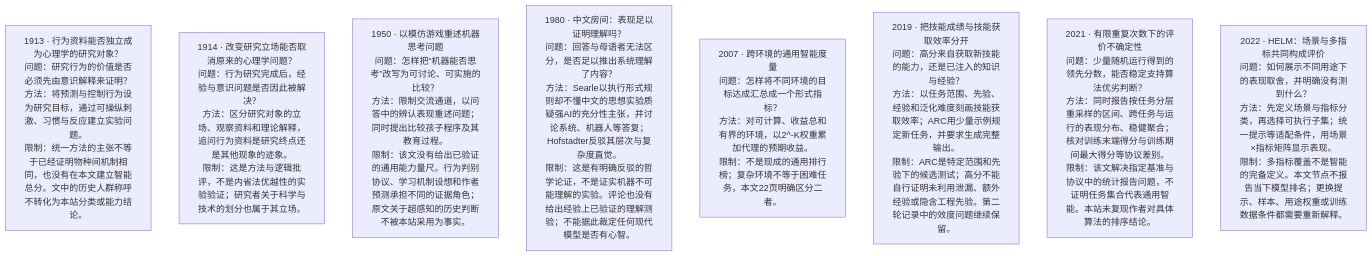
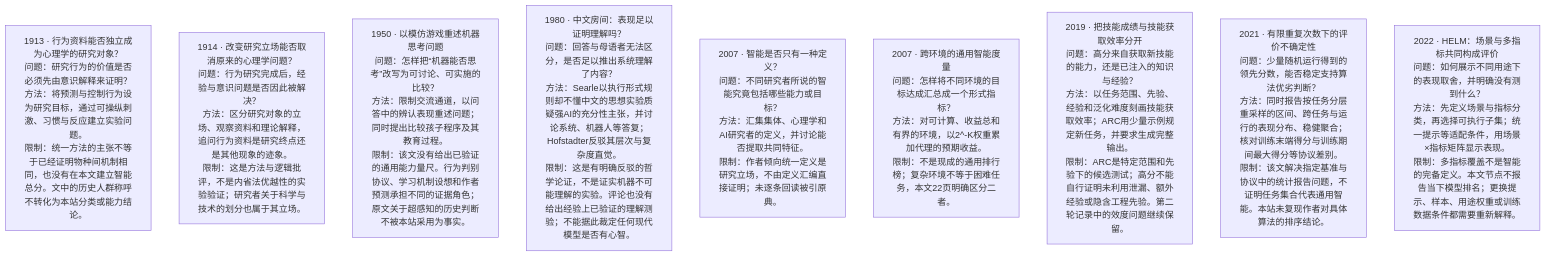
Before and after one commit to meiluosi/meiluosi.github.io: the diagram in public/research/intelligence/timelines/behavioral/timeline.mmd, drawn with Mermaid. The commit also changed 96 other files, not shown here.

Commit message:
feat: revisit intelligence research gaps and counterarguments

```diff
--- a/public/research/intelligence/timelines/behavioral/timeline.mmd
+++ b/public/research/intelligence/timelines/behavioral/timeline.mmd
@@ -1,18 +1,20 @@
 flowchart TB
   %% 仅展示年代顺序；没有线不代表没有关系，点按进入原节点；古典年代未定单列。
   n0["1913 · 行为资料能否独立成为心理学的研究对象？<br/>问题：研究行为的价值是否必须先由意识解释来证明？<br/>方法：将预测与控制行为设为研究目标，通过可操纵刺激、习惯与反应建立实验问题。<br/>限制：统一方法的主张不等于已经证明物种间机制相同，也没有在本文建立智能总分。文中的历史人群称呼不转化为本站分类或能力结论。"]
   click n0 "/research/intelligence/timelines/behavioral/#e-watson-1913"
   n1["1914 · 改变研究立场能否取消原来的心理学问题？<br/>问题：行为研究完成后，经验与意识问题是否因此被解决？<br/>方法：区分研究对象的立场、观察资料和理论解释，追问行为资料是研究终点还是其他现象的迹象。<br/>限制：这是方法与逻辑批评，不是内省法优越性的实验验证；研究者关于科学与技术的划分也属于其立场。"]
   click n1 "/research/intelligence/timelines/behavioral/#e-titchener-1914"
   n2["1950 · 以模仿游戏重述机器思考问题<br/>问题：怎样把“机器能否思考”改写为可讨论、可实施的比较？<br/>方法：限制交流通道，以问答中的辨认表现重述问题；同时提出比较孩子程序及其教育过程。<br/>限制：该文没有给出已验证的通用能力量尺。行为判别协议、学习机制设想和作者预测承担不同的证据角色；原文关于超感知的历史判断不被本站采用为事实。"]
   click n2 "/research/intelligence/timelines/behavioral/#e-turing-1950"
   n3["1980 · 中文房间：表现足以证明理解吗？<br/>问题：回答与母语者无法区分，是否足以推出系统理解了内容？<br/>方法：Searle以执行形式规则却不懂中文的思想实验质疑强AI的充分性主张，并讨论系统、机器人等答复；Hofstadter反驳其层次与复杂度直觉。<br/>限制：这是有明确反驳的哲学论证，不是证实机器不可能理解的实验。评论也没有给出经验上已验证的理解测验；不能据此裁定任何现代模型是否有心智。"]
   click n3 "/research/intelligence/timelines/behavioral/#e-searle-1980"
-  n4["2007 · 跨环境的通用智能度量<br/>问题：怎样将不同环境的目标达成汇总成一个形式指标？<br/>方法：对可计算、收益总和有界的环境，以2^-K权重累加代理的预期收益。<br/>限制：不是现成的通用排行榜；复杂环境不等于困难任务，本文22页明确区分二者。"]
-  click n4 "/research/intelligence/timelines/behavioral/#e-legg-hutter-2007"
-  n5["2019 · 把技能成绩与技能获取效率分开<br/>问题：高分来自获取新技能的能力，还是已注入的知识与经验？<br/>方法：以任务范围、先验、经验和泛化难度刻画技能获取效率；ARC用少量示例规定新任务，并要求生成完整输出。<br/>限制：ARC是特定范围和先验下的候选测试；高分不能自行证明未利用泄漏、额外经验或隐含工程先验。第二轮记录中的效度问题继续保留。"]
-  click n5 "/research/intelligence/timelines/behavioral/#e-chollet-2019"
-  n6["2021 · 有限重复次数下的评价不确定性<br/>问题：少量随机运行得到的领先分数，能否稳定支持算法优劣判断？<br/>方法：同时报告按任务分层重采样的区间、跨任务与运行的表现分布、稳健聚合；核对训练末端得分与训练期间最大得分等协议差别。<br/>限制：该文解决指定基准与协议中的统计报告问题，不证明任务集合代表通用智能。本站未复现作者对具体算法的排序结论。"]
-  click n6 "/research/intelligence/timelines/behavioral/#e-agarwal-2021"
-  n7["2022 · HELM：场景与多指标共同构成评价<br/>问题：如何展示不同用途下的表现取舍，并明确没有测到什么？<br/>方法：先定义场景与指标分类，再选择可执行子集；统一提示等适配条件，用场景×指标矩阵显示表现。<br/>限制：多指标覆盖不是智能的完备定义。本文节点不报告当下模型排名；更换提示、样本、用途权重或训练数据条件都需要重新解释。"]
-  click n7 "/research/intelligence/timelines/behavioral/#e-helm-2022"
+  n4["2007 · 智能是否只有一种定义？<br/>问题：不同研究者所说的智能究竟包括哪些能力或目标？<br/>方法：汇集集体、心理学和AI研究者的定义，并讨论能否提取共同特征。<br/>限制：作者倾向统一定义是研究立场，不由定义汇编直接证明；未逐条回读被引原典。"]
+  click n4 "/research/intelligence/timelines/behavioral/#e-legg-definitions-2007"
+  n5["2007 · 跨环境的通用智能度量<br/>问题：怎样将不同环境的目标达成汇总成一个形式指标？<br/>方法：对可计算、收益总和有界的环境，以2^-K权重累加代理的预期收益。<br/>限制：不是现成的通用排行榜；复杂环境不等于困难任务，本文22页明确区分二者。"]
+  click n5 "/research/intelligence/timelines/behavioral/#e-legg-hutter-2007"
+  n6["2019 · 把技能成绩与技能获取效率分开<br/>问题：高分来自获取新技能的能力，还是已注入的知识与经验？<br/>方法：以任务范围、先验、经验和泛化难度刻画技能获取效率；ARC用少量示例规定新任务，并要求生成完整输出。<br/>限制：ARC是特定范围和先验下的候选测试；高分不能自行证明未利用泄漏、额外经验或隐含工程先验。第二轮记录中的效度问题继续保留。"]
+  click n6 "/research/intelligence/timelines/behavioral/#e-chollet-2019"
+  n7["2021 · 有限重复次数下的评价不确定性<br/>问题：少量随机运行得到的领先分数，能否稳定支持算法优劣判断？<br/>方法：同时报告按任务分层重采样的区间、跨任务与运行的表现分布、稳健聚合；核对训练末端得分与训练期间最大得分等协议差别。<br/>限制：该文解决指定基准与协议中的统计报告问题，不证明任务集合代表通用智能。本站未复现作者对具体算法的排序结论。"]
+  click n7 "/research/intelligence/timelines/behavioral/#e-agarwal-2021"
+  n8["2022 · HELM：场景与多指标共同构成评价<br/>问题：如何展示不同用途下的表现取舍，并明确没有测到什么？<br/>方法：先定义场景与指标分类，再选择可执行子集；统一提示等适配条件，用场景×指标矩阵显示表现。<br/>限制：多指标覆盖不是智能的完备定义。本文节点不报告当下模型排名；更换提示、样本、用途权重或训练数据条件都需要重新解释。"]
+  click n8 "/research/intelligence/timelines/behavioral/#e-helm-2022"
```
